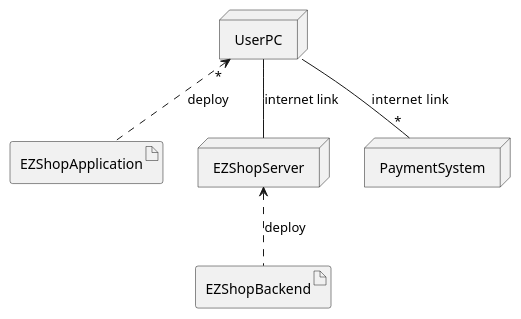
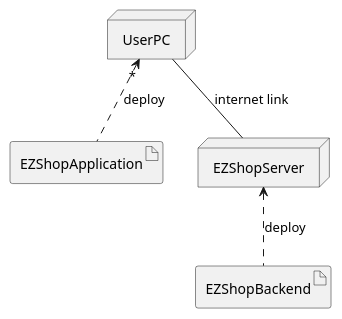
One commit to Stormz4/group20-EzShop changed diagram 11 of 11 in Deliverables/RequirementsDocument.md. Above: the diagram before and after it, drawn with PlantUML. The commit also changed other lines of this file, not shown here.

Commit message:
Doc: Fixed use case diagrams

````diff
--- a/Deliverables/RequirementsDocument.md
+++ b/Deliverables/RequirementsDocument.md
@@ -854,16 +860,13 @@
 ```plantuml
 @startuml
 node UserPC
 
 artifact EZShopApplication
 node EZShopServer
 artifact EZShopBackend
 
-node PaymentSystem
-
 UserPC "*"<.. EZShopApplication  : deploy
 UserPC -- EZShopServer : internet link
 EZShopServer <.. EZShopBackend : deploy
-UserPC --"*" PaymentSystem : internet  link
 @enduml
 ```
````
